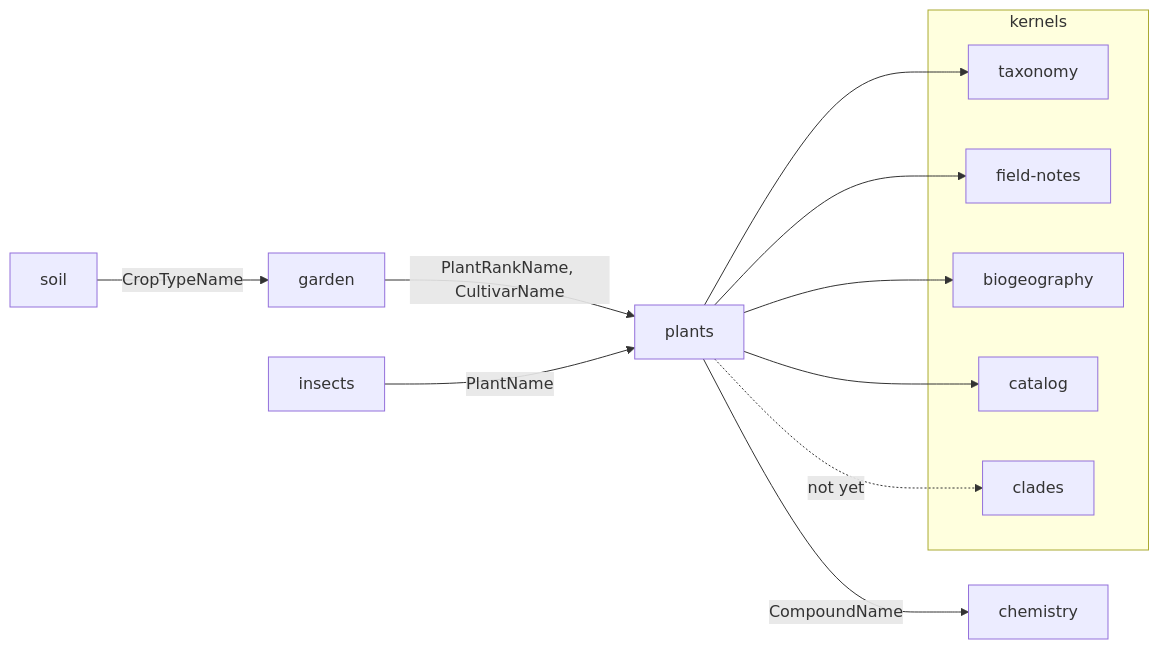
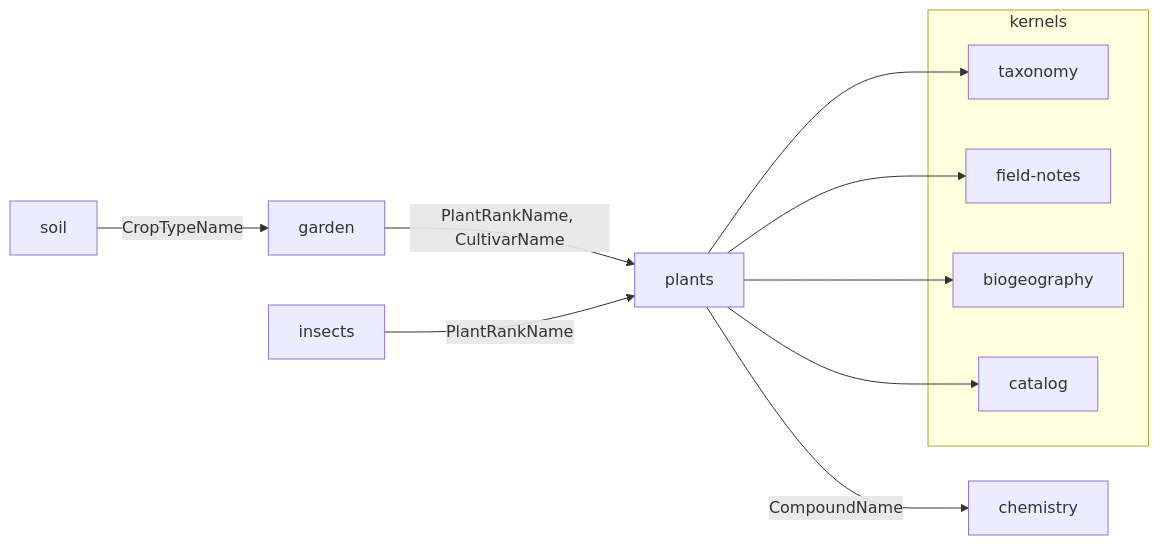
The fourth of 4 diagrams in domains/plants/docs/plants-ubl.md (pway99/naturalist), drawn with Mermaid before and after one commit. The commit also changed other lines of this file and 97 other files, not shown here.

First line of the commit message:
refactor(plants)!: Plant becomes PlantSpecies, PlantName becomes PlantSpeciesName

````diff
--- a/domains/plants/docs/plants-ubl.md
+++ b/domains/plants/docs/plants-ubl.md
@@ -180,27 +213,25 @@
 ```mermaid
 graph LR
     subgraph kernels
         TAX[taxonomy]
         FN[field-notes]
         BIO[biogeography]
         CAT[catalog]
-        CLD[clades]
     end
 
     PLANTS[plants]
     CHEM[chemistry]
     GARDEN[garden]
     INSECTS[insects]
     SOIL[soil]
 
     PLANTS --> TAX
     PLANTS --> FN
     PLANTS --> BIO
     PLANTS --> CAT
-    PLANTS -. "not yet" .-> CLD
 
     PLANTS -->|"CompoundName"| CHEM
     GARDEN -->|"PlantRankName, CultivarName"| PLANTS
-    INSECTS -->|"PlantName"| PLANTS
+    INSECTS -->|"PlantRankName"| PLANTS
     SOIL -->|"CropTypeName"| GARDEN
 ```
````
